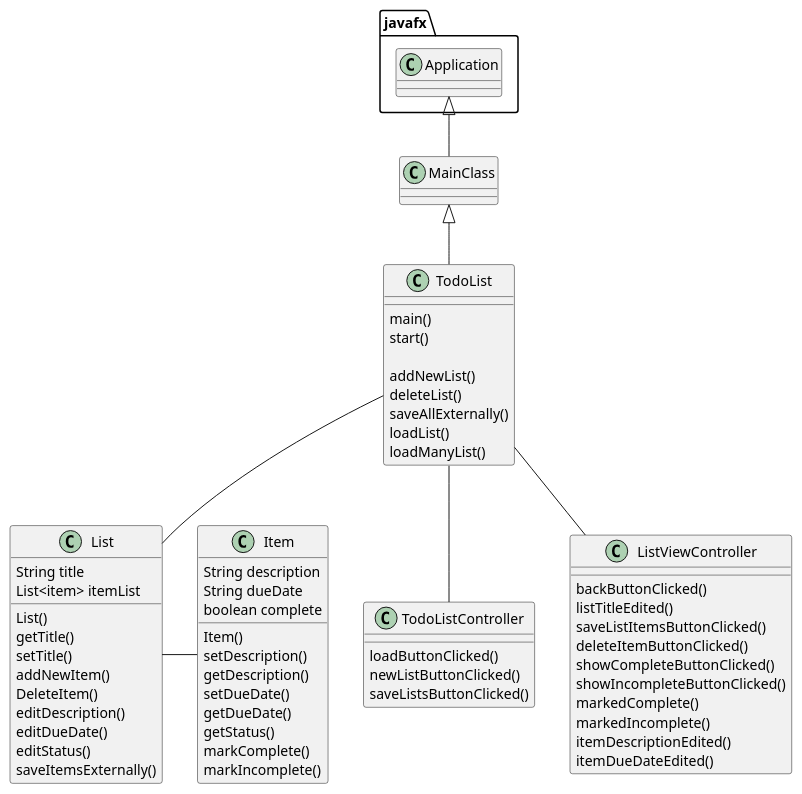
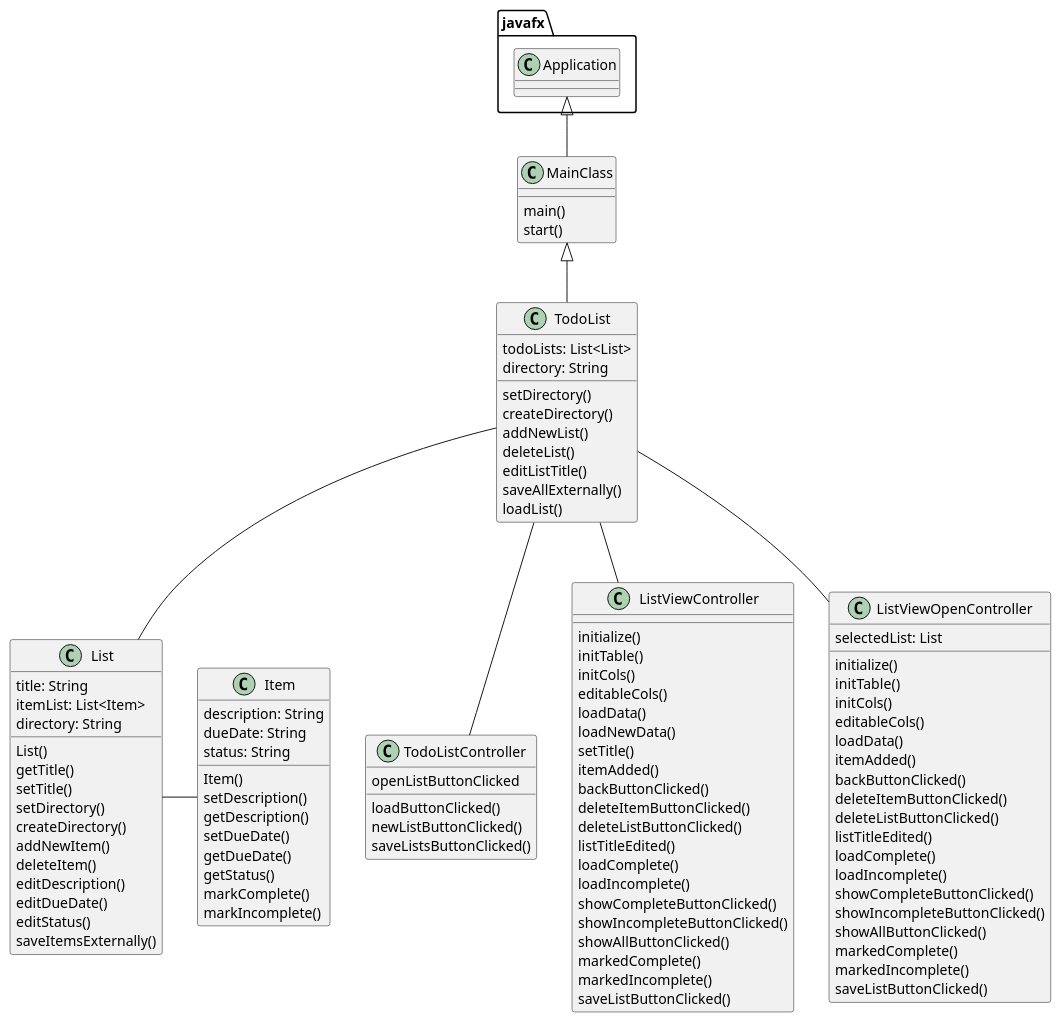
One commit to rachelsch1/schwarz-cop3330-assignment4 changed the diagram in uml/app.puml. Above: the diagram before and after it, drawn with PlantUML. The commit also changed 6 other files, not shown here.

```diff
--- a/uml/app.puml
+++ b/uml/app.puml
@@ -1,75 +1,116 @@
 @startuml
 'https://plantuml.com/sequence-diagram
 
 class TodoList {
-    main()
-    start()
+    todoLists: List<List>
+    directory: String
 
+    setDirectory()
+    createDirectory()
     addNewList()
     deleteList()
+    editListTitle()
     saveAllExternally()
     loadList()
-    loadManyList()
 }
 
 class TodoListController {
     loadButtonClicked()
     newListButtonClicked()
     saveListsButtonClicked()
+    openListButtonClicked
 }
 
 class ListViewController {
+    initialize()
+    initTable()
+    initCols()
+    editableCols()
+    loadData()
+    loadNewData()
+    setTitle()
+    itemAdded()
     backButtonClicked()
+    deleteItemButtonClicked()
+    deleteListButtonClicked()
     listTitleEdited()
-    saveListItemsButtonClicked()
-    deleteItemButtonClicked()
+    loadComplete()
+    loadIncomplete()
     showCompleteButtonClicked()
     showIncompleteButtonClicked()
+    showAllButtonClicked()
     markedComplete()
     markedIncomplete()
-    itemDescriptionEdited()
-    itemDueDateEdited()
+    saveListButtonClicked()
+}
+
+class ListViewOpenController {
+    selectedList: List
+
+    initialize()
+    initTable()
+    initCols()
+    editableCols()
+    loadData()
+    itemAdded()
+    backButtonClicked()
+    deleteItemButtonClicked()
+    deleteListButtonClicked()
+    listTitleEdited()
+    loadComplete()
+    loadIncomplete()
+    showCompleteButtonClicked()
+    showIncompleteButtonClicked()
+    showAllButtonClicked()
+    markedComplete()
+    markedIncomplete()
+    saveListButtonClicked()
 }
 
 class MainClass {
-
+ main()
+ start()
 }
 
 class List {
-    String title
-    List<item> itemList
+    title: String
+    itemList: List<Item>
+    directory: String
 
     List()
     getTitle()
     setTitle()
+    setDirectory()
+    createDirectory()
     addNewItem()
-    DeleteItem()
+    deleteItem()
     editDescription()
     editDueDate()
     editStatus()
     saveItemsExternally()
 }
 
 class Item {
-    String description
-    String dueDate
-    boolean complete
+    description: String
+    dueDate: String
+    status: String
 
     Item()
     setDescription()
     getDescription()
     setDueDate()
     getDueDate()
     getStatus()
     markComplete()
     markIncomplete()
 }
 
 javafx.Application <|-- MainClass
 MainClass <|-- TodoList
 TodoList -- List
 TodoList -- TodoListController
 TodoList -- ListViewController
+TodoList -- ListViewOpenController
 List - Item
 
 @enduml
```
